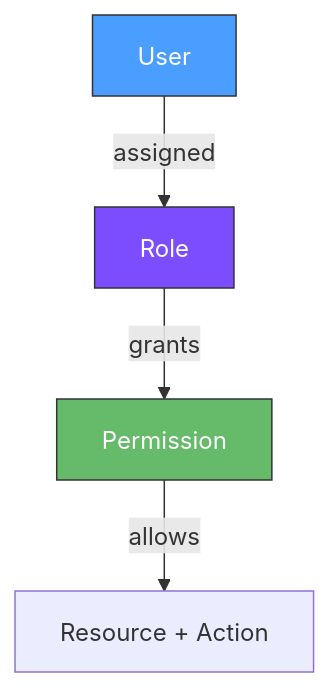
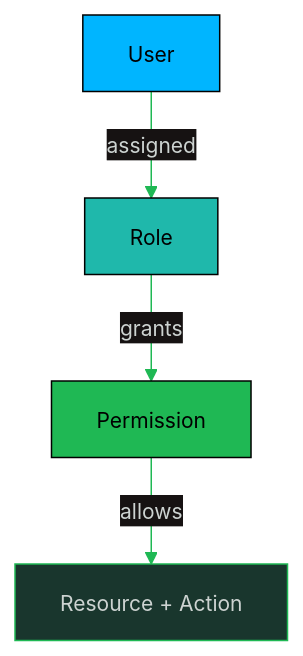
Before and after one commit to oat431/swe-knowledge: the ninth of 15 diagrams in software-engineering-note/03_Software_Design/11_Design_Issues_and_Qualities.md, drawn with Mermaid. The commit also changed other lines of this file and 116 other files, not shown here.

````diff
--- a/software-engineering-note/03_Software_Design/11_Design_Issues_and_Qualities.md
+++ b/software-engineering-note/03_Software_Design/11_Design_Issues_and_Qualities.md
@@ -488,9 +496,10 @@
 ```mermaid
+%%{init: {'theme':'base','themeVariables':{'primaryColor':'#19362D','primaryTextColor':'#CDD3D1','primaryBorderColor':'#1FB854','lineColor':'#1FB854','secondaryColor':'#161212','tertiaryColor':'#1B1717','background':'#1B1717','mainBkg':'#19362D','nodeBorder':'#1FB854','clusterBkg':'#161212','clusterBorder':'#19362D','titleColor':'#1FB854','edgeLabelBackground':'#161212','fontSize':'14px'}}}%%
 graph TB
     A[User] -->|assigned| B[Role]
     B -->|grants| C[Permission]
     C -->|allows| D[Resource + Action]
-    style A fill:#4a9eff,stroke:#333,color:#fff
-    style B fill:#7c4dff,stroke:#333,color:#fff
-    style C fill:#66bb6a,stroke:#333,color:#fff
+    style A fill:#00B5FF,stroke:#000000,color:#000000
+    style B fill:#1FB8AB,stroke:#000000,color:#000000
+    style C fill:#1FB854,stroke:#000000,color:#000000
 ```
````
